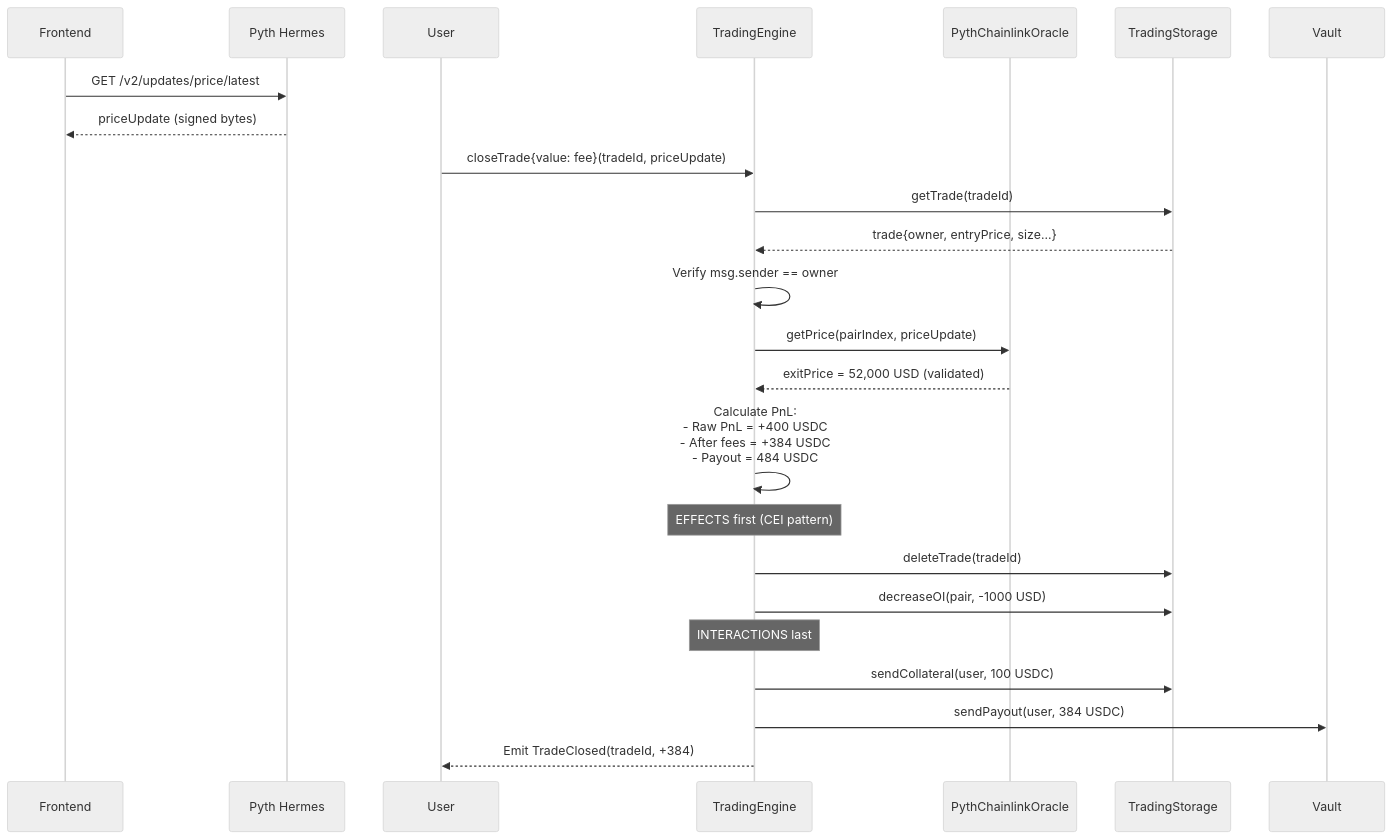
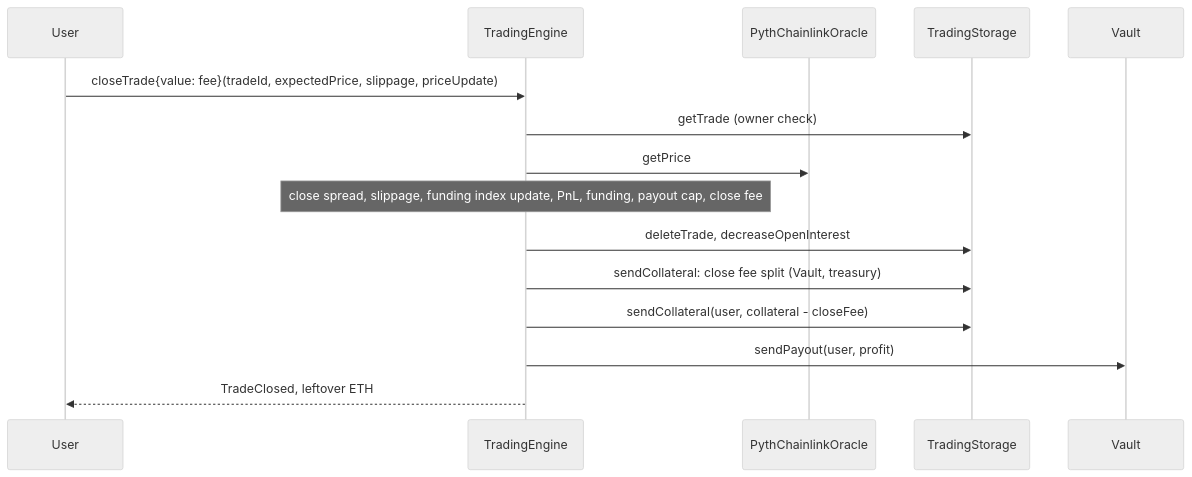
The third of 4 diagrams in docs/03-architecture.md (GushALKDev/evm-synthetic-trading-protocol), drawn with Mermaid (neutral theme) before and after one commit. The commit also changed other lines of this file, not shown here.

First line of the commit message:
Rewrite the architecture guide against the contracts

````diff
--- a/docs/03-architecture.md
+++ b/docs/03-architecture.md
@@ -476,35 +300,18 @@
 ```mermaid
 sequenceDiagram
-    participant Frontend
-    participant Hermes as Pyth Hermes
     participant User
-    participant Trading as TradingEngine
+    participant Engine as TradingEngine
     participant Oracle as PythChainlinkOracle
     participant Storage as TradingStorage
     participant Vault
 
-    Frontend->>Hermes: GET /v2/updates/price/latest
-    Hermes-->>Frontend: priceUpdate (signed bytes)
-
-    User->>Trading: closeTrade{value: fee}(tradeId, priceUpdate)
-
-    Trading->>Storage: getTrade(tradeId)
-    Storage-->>Trading: trade{owner, entryPrice, size...}
-
-    Trading->>Trading: Verify msg.sender == owner
-
-    Trading->>Oracle: getPrice(pairIndex, priceUpdate)
-    Oracle-->>Trading: exitPrice = 52,000 USD (validated)
-
-    Trading->>Trading: Calculate PnL:<br/>- Raw PnL = +400 USDC<br/>- After fees = +384 USDC<br/>- Payout = 484 USDC
-
-    Note over Trading: EFFECTS first (CEI pattern)
-    Trading->>Storage: deleteTrade(tradeId)
-    Trading->>Storage: decreaseOI(pair, -1000 USD)
-
-    Note over Trading: INTERACTIONS last
-    Trading->>Storage: sendCollateral(user, 100 USDC)
-    Trading->>Vault: sendPayout(user, 384 USDC)
-
-    Trading-->>User: Emit TradeClosed(tradeId, +384)
+    User->>Engine: closeTrade{value: fee}(tradeId, expectedPrice, slippage, priceUpdate)
+    Engine->>Storage: getTrade (owner check)
+    Engine->>Oracle: getPrice
+    Note over Engine: close spread, slippage, funding index update, PnL, funding, payout cap, close fee
+    Engine->>Storage: deleteTrade, decreaseOpenInterest
+    Engine->>Storage: sendCollateral: close fee split (Vault, treasury)
+    Engine->>Storage: sendCollateral(user, collateral - closeFee)
+    Engine->>Vault: sendPayout(user, profit)
+    Engine-->>User: TradeClosed, leftover ETH
 ```
````
